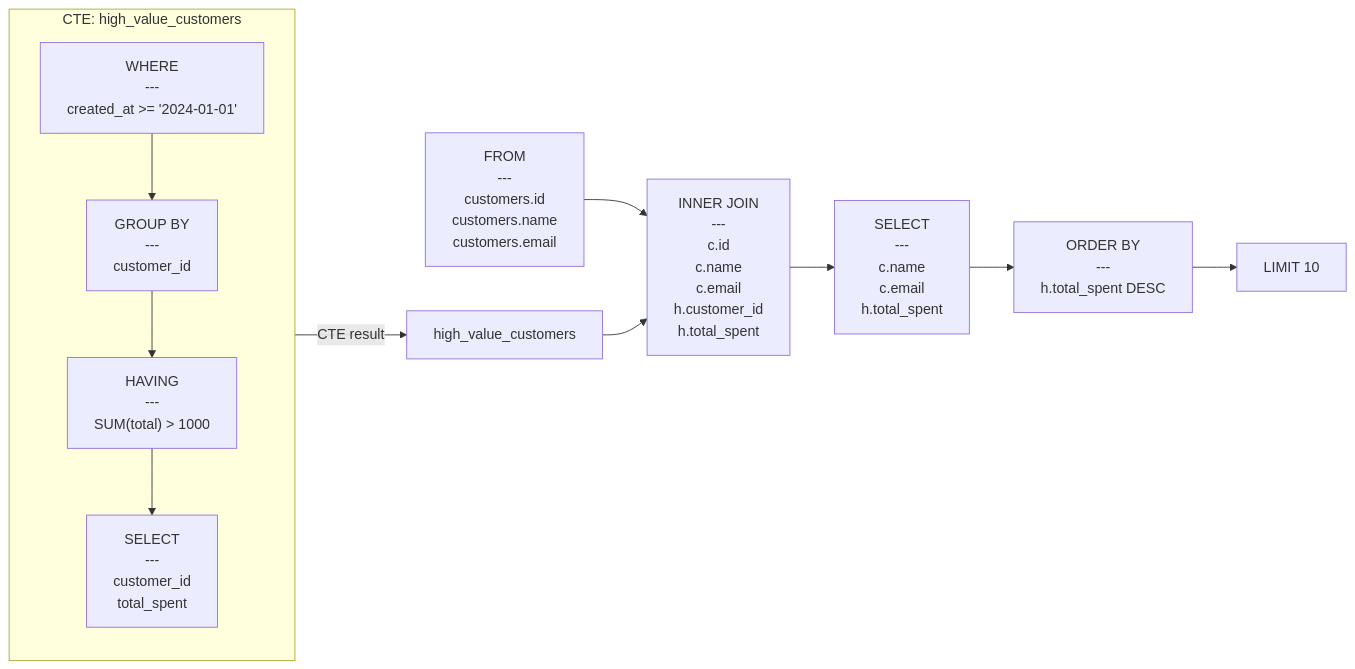
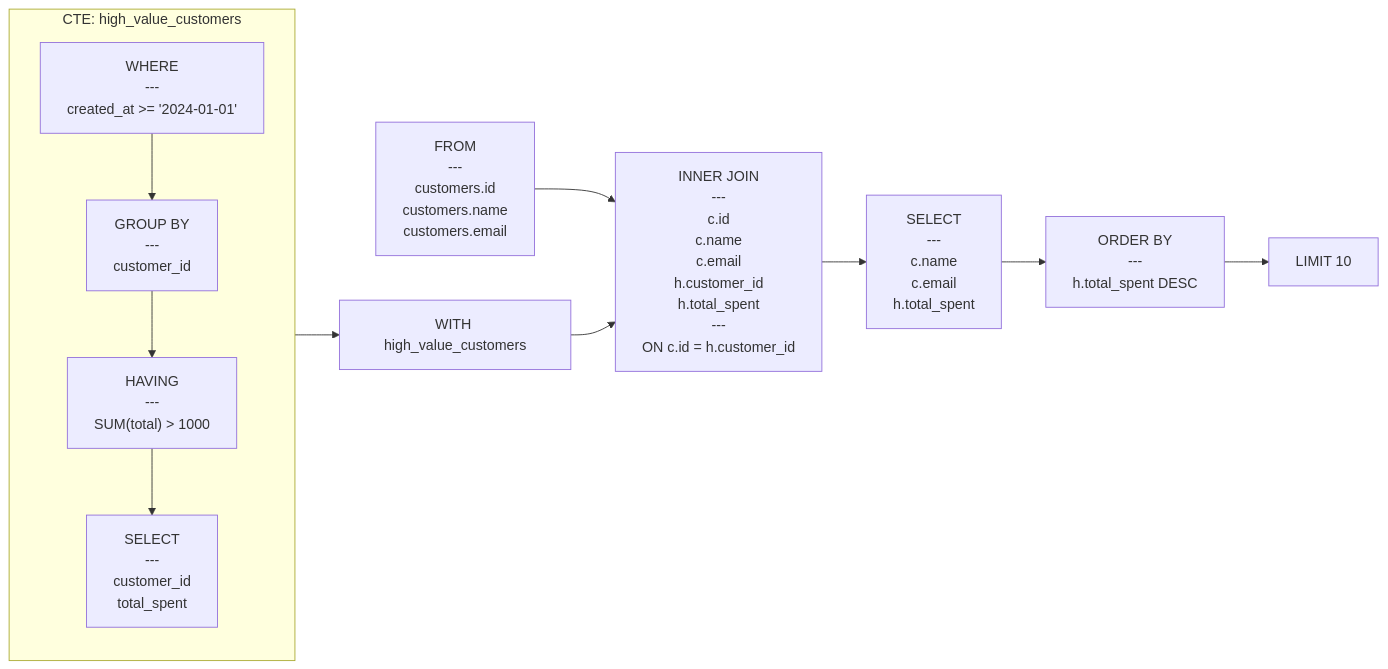
One commit to rot1024/sqloflow changed the first of 3 diagrams in README.md. Above: the diagram before and after it, drawn with Mermaid. The commit also changed other lines of this file and 76 other files, not shown here.

Commit message:
feat: improve expression format, join node, column names

````diff
--- a/README.md
+++ b/README.md
@@ -26,26 +26,26 @@
 ```mermaid
 flowchart LR
     subgraph cte_high_value_customers [CTE: high_value_customers]
         direction TB
         node_3["SELECT<br/>---<br/>customer_id<br/>total_spent"]
         node_2["HAVING<br/>---<br/>SUM(total) &gt; 1000"]
         node_1["GROUP BY<br/>---<br/>customer_id"]
         node_0["WHERE<br/>---<br/>created_at &gt;= '2024-01-01'"]
         node_0 --> node_1
         node_1 --> node_2
         node_2 --> node_3
     end
 
     node_4["FROM<br/>---<br/>customers.id<br/>customers.name<br/>customers.email"]
-    node_5[high_value_customers]
-    node_6["INNER JOIN<br/>---<br/>c.id<br/>c.name<br/>c.email<br/>h.customer_id<br/>h.total_spent"]
+    node_5[WITH high_value_customers]
+    node_6["INNER JOIN<br/>---<br/>c.id<br/>c.name<br/>c.email<br/>h.customer_id<br/>h.total_spent<br/>---<br/>ON c.id = h.customer_id"]
     node_7["SELECT<br/>---<br/>c.name<br/>c.email<br/>h.total_spent"]
     node_8["ORDER BY<br/>---<br/>h.total_spent DESC"]
     node_9["LIMIT 10"]
-    node_3 -->|CTE result| node_5
+    node_3 --> node_5
     node_4 --> node_6
     node_5 --> node_6
     node_6 --> node_7
     node_7 --> node_8
     node_8 --> node_9
 ```
````
